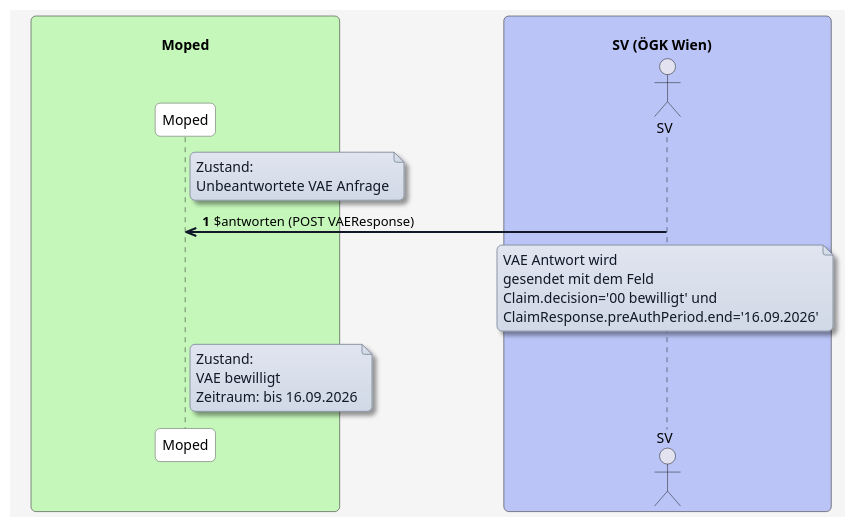
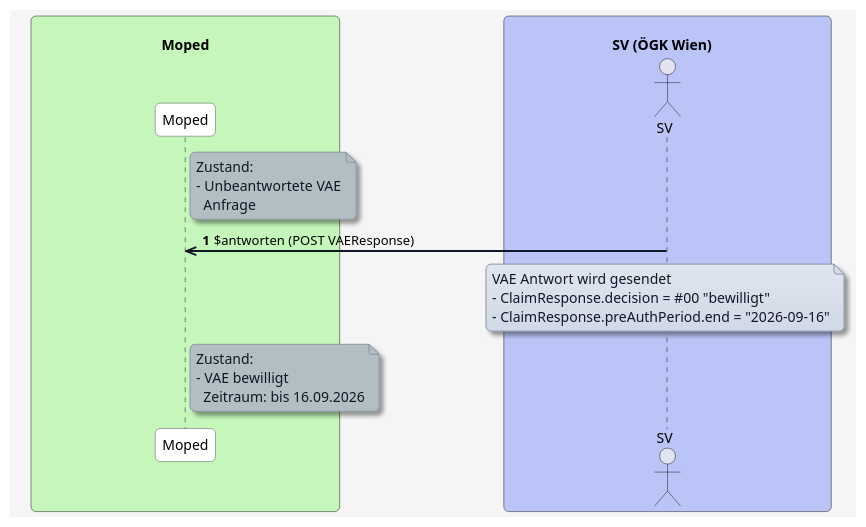
One commit to HL7Austria/ELGA-MOPED-R5 changed the diagram in input/images-source/antworten-positiv-zeitraum.plantuml. Above: the diagram before and after it, drawn with PlantUML. The commit also changed 8 other files, not shown here.

```diff
--- a/input/images-source/antworten-positiv-zeitraum.plantuml
+++ b/input/images-source/antworten-positiv-zeitraum.plantuml
@@ -1,66 +1,72 @@
 @startuml
 skinparam borderColor #000000
 skinparam backgroundColor #f5f5f5
 skinparam shadowing false
 skinparam roundCorner 10
 skinparam defaultFontName "Arial"
 skinparam defaultFontSize 14
 skinparam defaultFontColor #000000
 
 skinparam note {
   BackgroundColor #e0e5f0-#d1d9e6
   BorderColor #8b95a5
   BorderThickness 1
   RoundCorner 8
   Padding 6
   FontColor #111827
   Shadowing true
 }
 
 skinparam HyperlinkColor #0000EE
 skinparam HyperlinkUnderline false
 
 skinparam sequence {
   ParticipantBorderColor #555555
   ParticipantBackgroundColor #ffffff
   ParticipantFontColor #000000
   ParticipantFontSize 14
   ParticipantPadding 20
   ArrowColor #111827
   ArrowThickness 2
   ArrowFontColor #000000
   ArrowFontSize 13
   GroupBorderColor #111827
   GroupBackgroundColor #f3f4f6
   GroupBorderThickness 1
 }
 
 skinparam BoxPadding 20
 skinparam BoxBorderColor #555555
 
 box "\n                                   Moped                                   " #c5f7ba
   participant MP as "Moped"
 end box
 
 
 box "\n                             SV (ÖGK Wien)                                " #bac4f7
   actor SV as "SV"
 end box
 
 autonumber
 
-note right of MP
+note right of MP #b2bfc2
 Zustand:
-Unbeantwortete VAE Anfrage
+- Unbeantwortete VAE
+  Anfrage
 end note
 
 SV ->> MP: $antworten (POST VAEResponse)
-Note over SV: VAE Antwort wird\ngesendet mit dem Feld \nClaim.decision='00 bewilligt' und \nClaimResponse.preAuthPeriod.end='16.09.2026'
 
-note right of MP
+note over SV
+VAE Antwort wird gesendet
+- ClaimResponse.decision = #00 "bewilligt"
+- ClaimResponse.preAuthPeriod.end = "2026-09-16"
+end note
+
+note right of MP #b2bfc2
 Zustand:
-VAE bewilligt 
-Zeitraum: bis 16.09.2026
+- VAE bewilligt 
+  Zeitraum: bis 16.09.2026
 end note
 
 @enduml
```
